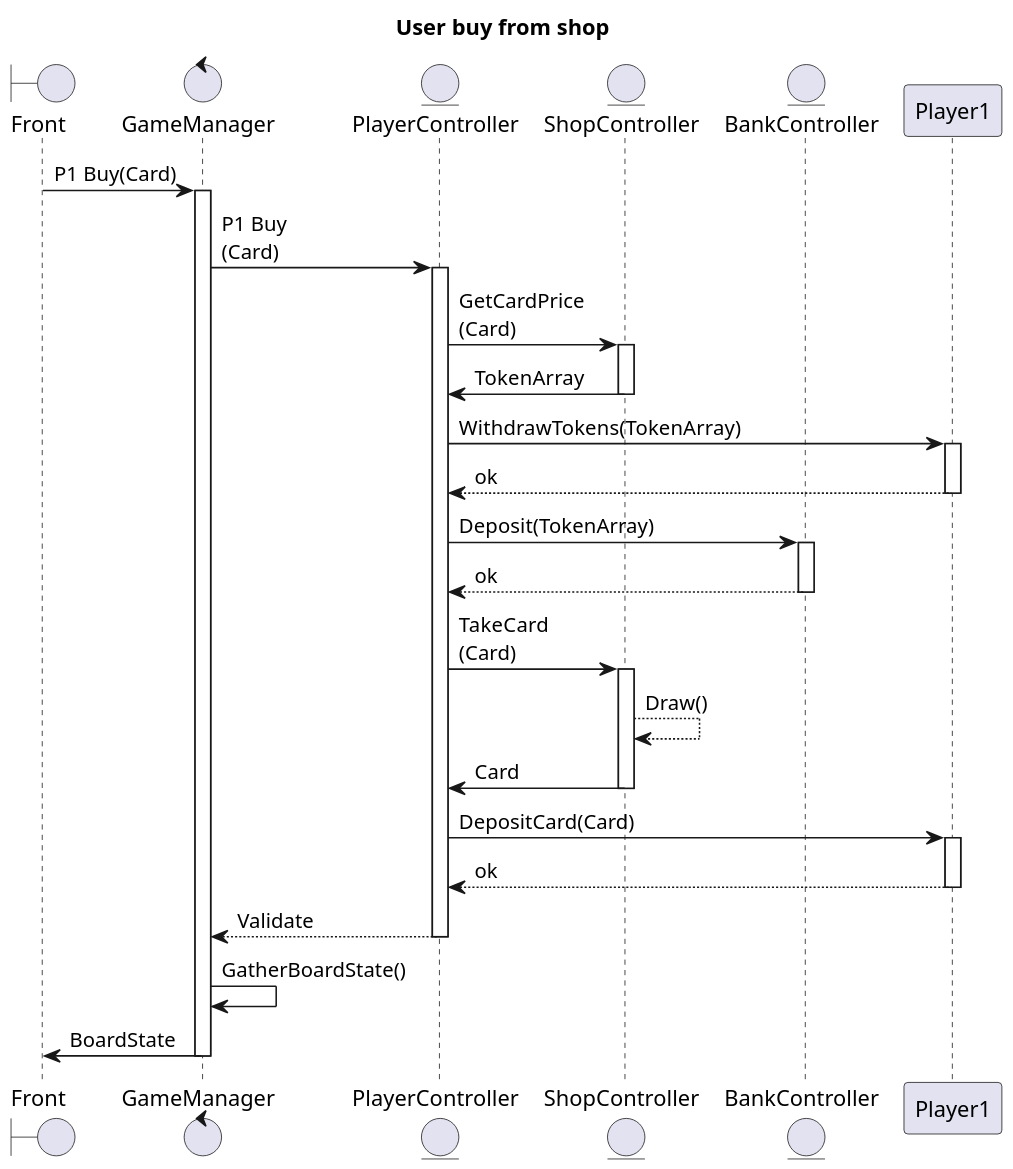
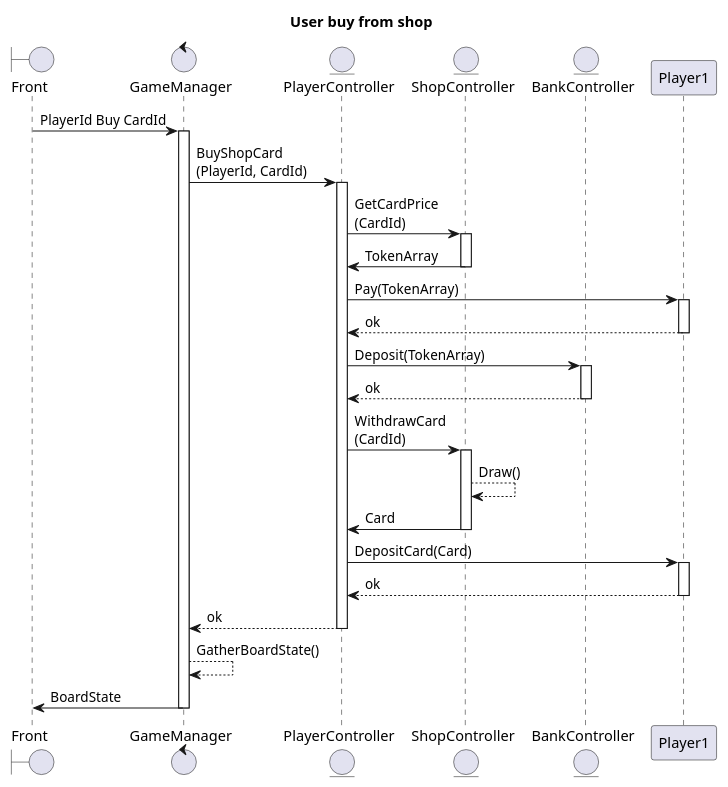
The diagram in Technical Specifications/Sequence Diagrams/BuyFromShop.puml (kalharko/splendia), drawn with PlantUML before and after one commit. The commit also changed 4 other files, not shown here.

Commit message:
:construction: diagrams

```diff
--- a/Technical Specifications/Sequence Diagrams/BuyFromShop.puml
+++ b/Technical Specifications/Sequence Diagrams/BuyFromShop.puml
@@ -1,55 +1,55 @@
 @startuml Sequence Diagram
 title User buy from shop
-scale 1.5
+scale 1
 
 boundary Front
 control GameManager
 entity PlayerController
 entity ShopController
 entity BankController
 
 
-Front -> GameManager : P1 Buy(Card)
+Front -> GameManager : PlayerId Buy CardId
 activate GameManager
 
-GameManager -> PlayerController : P1 Buy\n(Card)
+GameManager -> PlayerController : BuyShopCard\n(PlayerId, CardId)
 activate PlayerController
 
 
 
-PlayerController -> ShopController : GetCardPrice\n(Card)
+PlayerController -> ShopController : GetCardPrice\n(CardId)
 activate ShopController
 PlayerController <- ShopController : TokenArray
 deactivate ShopController
 
-PlayerController -> Player1 : WithdrawTokens(TokenArray)
+PlayerController -> Player1 : Pay(TokenArray)
 activate Player1
 PlayerController <-- Player1 : ok
 deactivate Player1
 
 PlayerController -> BankController : Deposit(TokenArray)
 activate BankController
 PlayerController <-- BankController : ok
 deactivate BankController
 
-PlayerController -> ShopController : TakeCard\n(Card)
+PlayerController -> ShopController : WithdrawCard\n(CardId)
 activate ShopController
 ShopController --> ShopController : Draw()
 PlayerController <- ShopController : Card
 deactivate ShopController
 
 PlayerController -> Player1 : DepositCard(Card)
 activate Player1
 PlayerController <-- Player1 : ok
 deactivate Player1
 
 
 
-PlayerController --> GameManager : Validate
+PlayerController --> GameManager : ok
 deactivate PlayerController
-GameManager -> GameManager : GatherBoardState()
+GameManager --> GameManager : GatherBoardState()
 GameManager -> Front : BoardState
 deactivate GameManager
 
 
 @enduml
```
